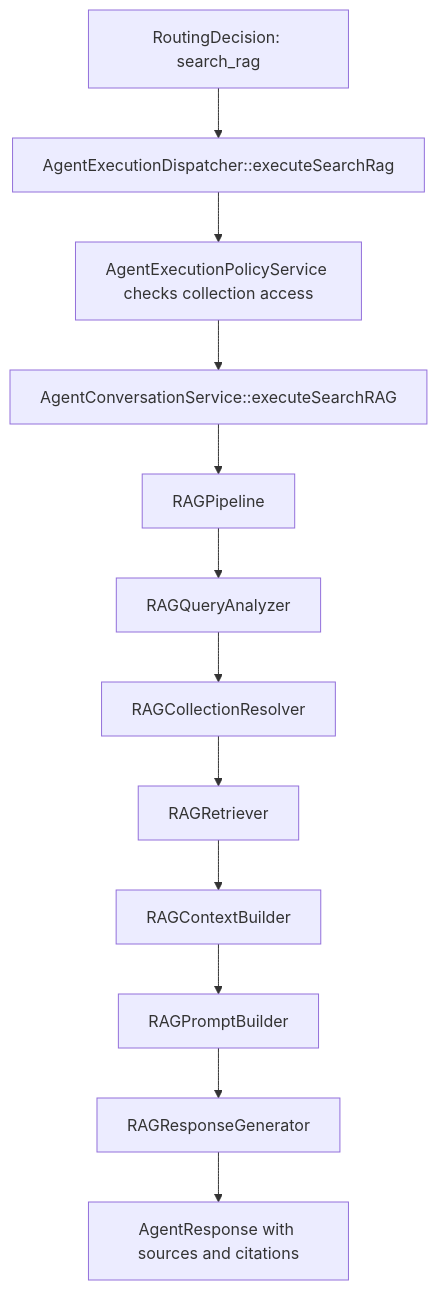
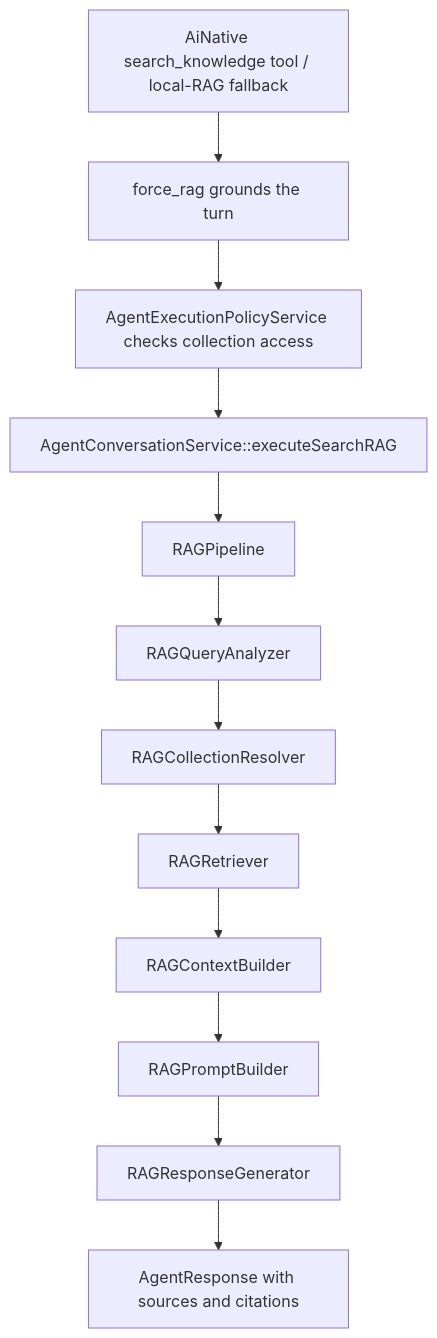
The third of 3 diagrams in docs/chat-flow.mdx (mabou7agar/laravel-ai-support), drawn with Mermaid before and after one commit. The commit also changed other lines of this file and 11 other files, not shown here.

````diff
--- a/docs/chat-flow.mdx
+++ b/docs/chat-flow.mdx
@@ -200,14 +182,14 @@
 ```mermaid
 flowchart TD
-  A["RoutingDecision: search_rag"] --> B["AgentExecutionDispatcher::executeSearchRag"]
+  A["AiNative search_knowledge tool / local-RAG fallback"] --> B["force_rag grounds the turn"]
   B --> C["AgentExecutionPolicyService checks collection access"]
   C --> D["AgentConversationService::executeSearchRAG"]
   D --> E["RAGPipeline"]
   E --> F["RAGQueryAnalyzer"]
   F --> G["RAGCollectionResolver"]
   G --> H["RAGRetriever"]
   H --> I["RAGContextBuilder"]
   I --> J["RAGPromptBuilder"]
   J --> K["RAGResponseGenerator"]
   K --> L["AgentResponse with sources and citations"]
 ```
````
